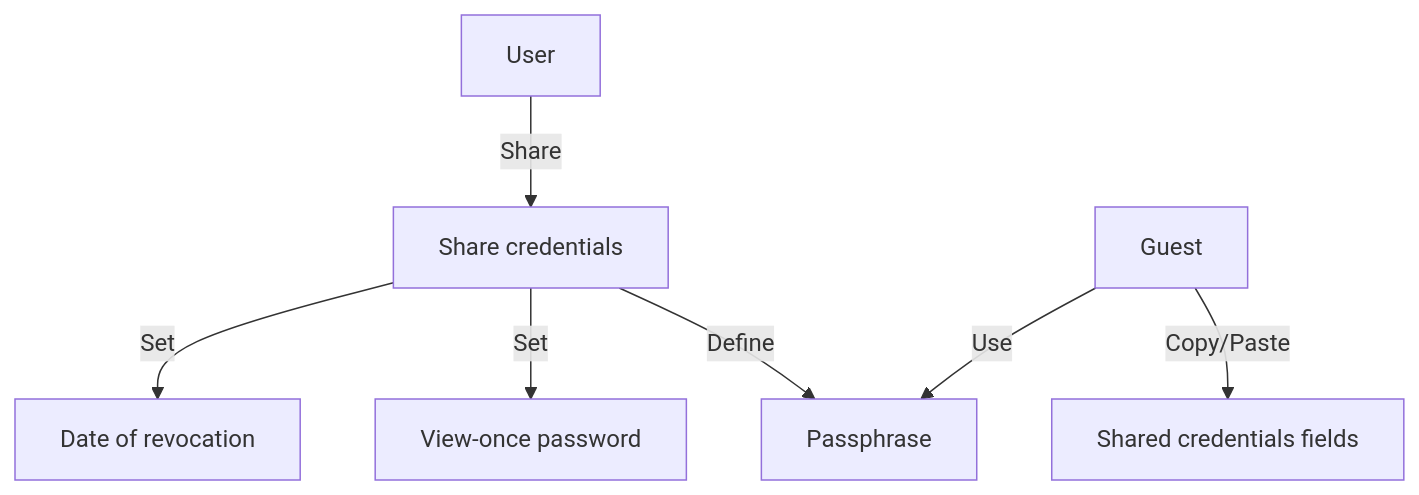
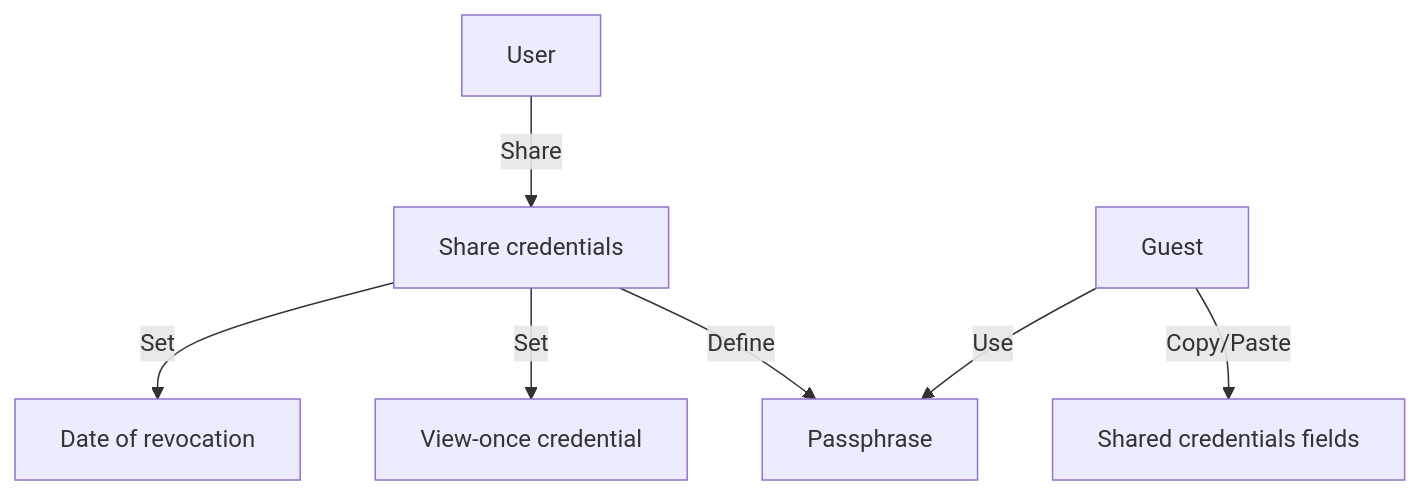
Before and after one commit to DO-2K23-26/polypass-archi-technique: the second of 6 diagrams in documentation.adoc, drawn with Mermaid. The commit also changed other lines of this file and 1 other file, not shown here.

Commit message:
feat(use-case): Refactor documented use-cases and complete use-case diagram

```diff
--- a/documentation.adoc
+++ b/documentation.adoc
@@ -57,10 +57,10 @@
 [mermaid, format="svg"]
 ----
 flowchart TD
     User["User"] --> |Share| A["Share credentials"]
     A --> |Set| B["Date of revocation"]
-    A --> |Set| C["View-once password"]
+    A --> |Set| C["View-once credential"]
     A --> |Define| D["Passphrase"]
     Guest["Guest"] --> |Use| D
     Guest --> |Copy/Paste| E["Shared credentials fields"]
 ----
```
